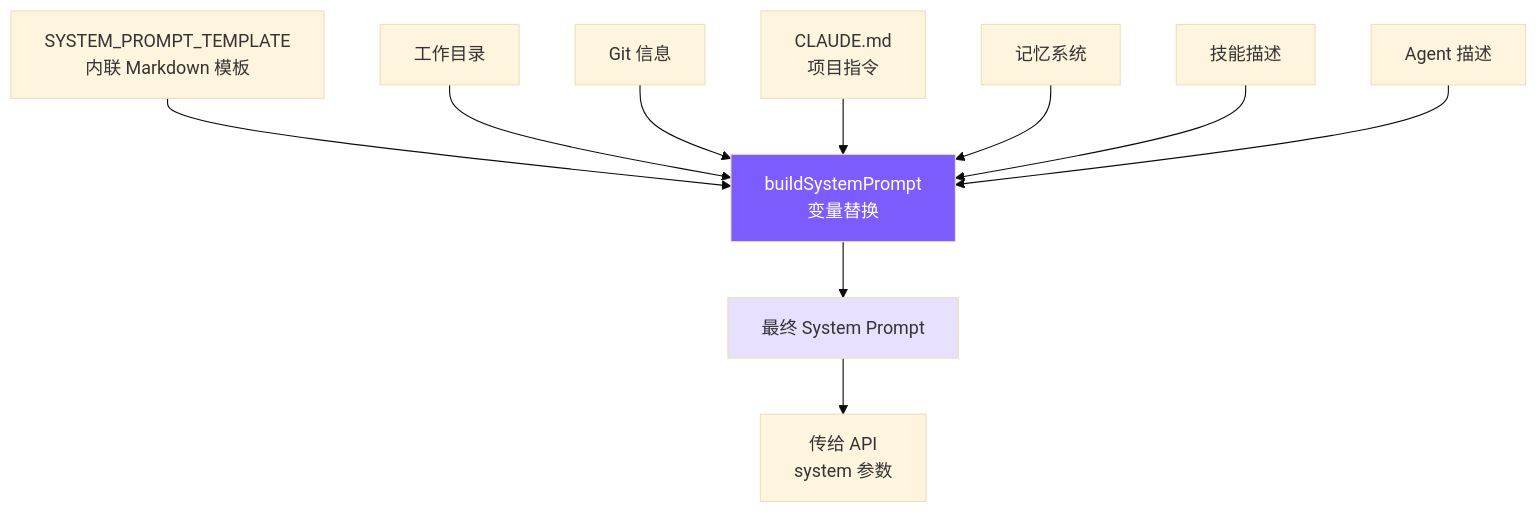
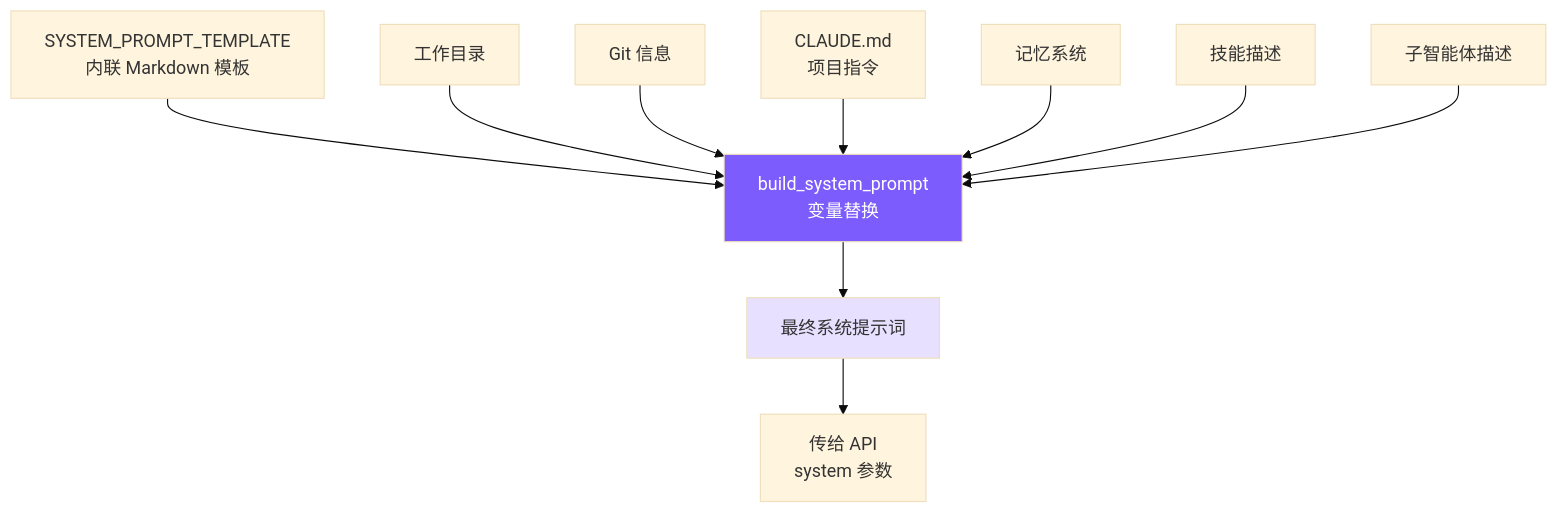
The diagram in docs/03-system-prompt.md (Kellin233/nano_code), drawn with Mermaid (base theme) before and after one commit. The commit also changed other lines of this file and 114 other files, not shown here.

````diff
--- a/docs/03-system-prompt.md
+++ b/docs/03-system-prompt.md
@@ -7,15 +7,15 @@
 ```mermaid
 graph TB
-    Template[SYSTEM_PROMPT_TEMPLATE<br/>内联 Markdown 模板] --> Builder[buildSystemPrompt<br/>变量替换]
+    Template[SYSTEM_PROMPT_TEMPLATE<br/>内联 Markdown 模板] --> Builder[build_system_prompt<br/>变量替换]
     CWD[工作目录] --> Builder
     Git[Git 信息] --> Builder
     ClaudeMD[CLAUDE.md<br/>项目指令] --> Builder
     Memory[记忆系统] --> Builder
     Skills[技能描述] --> Builder
-    Agents[Agent 描述] --> Builder
-    Builder --> Final[最终 System Prompt]
+    Agents[子智能体描述] --> Builder
+    Builder --> Final[最终系统提示词]
     Final --> API[传给 API<br/>system 参数]
 
     style Builder fill:#7c5cfc,color:#fff
     style Final fill:#e8e0ff
 ```
````
